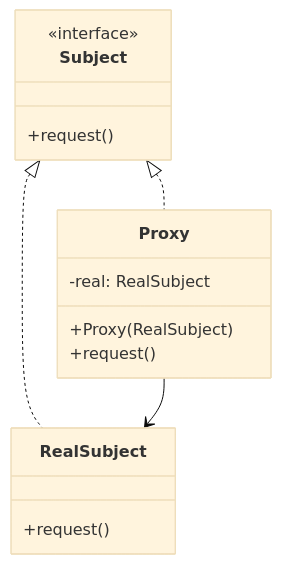
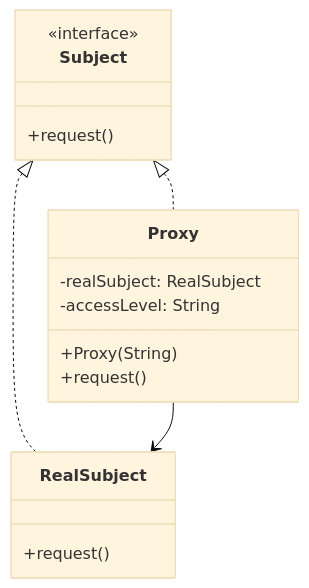
Before and after one commit to welldesignedsystem/welldesignedsystem.github.io: diagram 12 of 23 in content/english/blog/system_design/core_design_patterns.md, drawn with Mermaid (base theme). The commit also changed other lines of this file and 1 other file, not shown here.

````diff
--- a/content/english/blog/system_design/core_design_patterns.md
+++ b/content/english/blog/system_design/core_design_patterns.md
@@ -647,18 +910,19 @@
 ```mermaid
 classDiagram
     class Subject {
         <<interface>>
         +request()
     }
     class RealSubject {
         +request()
     }
     class Proxy {
-        -real: RealSubject
-        +Proxy(RealSubject)
+        -realSubject: RealSubject
+        -accessLevel: String
+        +Proxy(String)
         +request()
     }
     Subject <|.. RealSubject
     Subject <|.. Proxy
     Proxy --> RealSubject
 ```
````
